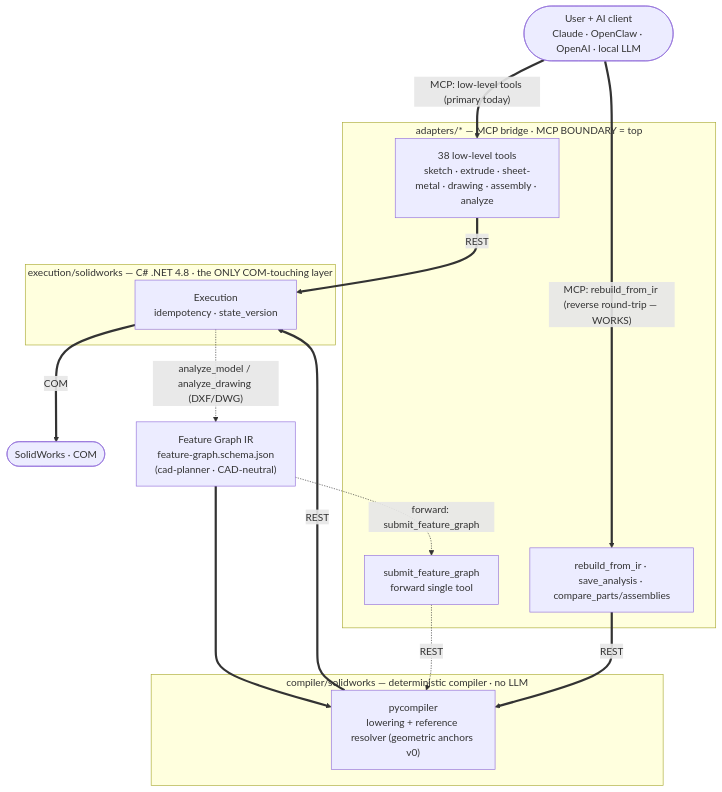
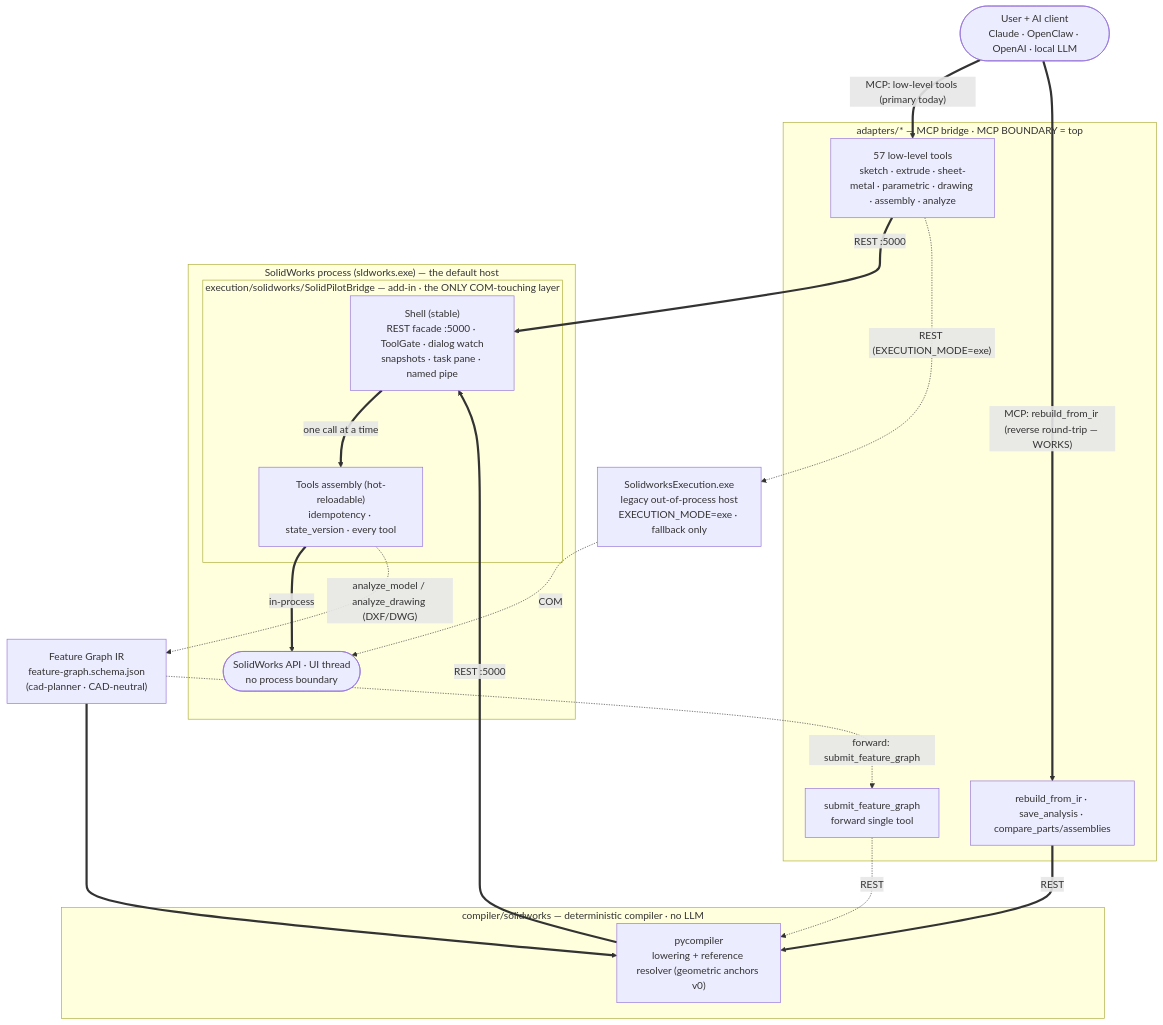
Before and after one commit to MFlego/SolidMetalPilot: the diagram in README.md, drawn with Mermaid. The commit also changed other lines of this file and 2 other files, not shown here.

````diff
--- a/README.md
+++ b/README.md
@@ -47,38 +49,47 @@
 ```mermaid
 flowchart TD
     U(["User + AI client<br/>Claude · OpenClaw · OpenAI · local LLM"])
 
     subgraph ADAPT["adapters/* — MCP bridge · MCP BOUNDARY = top"]
-        LOW["38 low-level tools<br/>sketch · extrude · sheet-metal · drawing · assembly · analyze"]
+        LOW["57 low-level tools<br/>sketch · extrude · sheet-metal · parametric · drawing · assembly · analyze"]
         RIR["rebuild_from_ir · save_analysis · compare_parts/assemblies"]
         SFG["submit_feature_graph<br/>forward single tool"]
     end
 
     IR["Feature Graph IR<br/>feature-graph.schema.json<br/>(cad-planner · CAD-neutral)"]
 
     subgraph COMP["compiler/solidworks — deterministic compiler · no LLM"]
         CO["pycompiler<br/>lowering + reference resolver (geometric anchors v0)"]
     end
 
-    subgraph EXE["execution/solidworks — C# .NET 4.8 · the ONLY COM-touching layer"]
-        EX["Execution<br/>idempotency · state_version"]
+    subgraph SWP["SolidWorks process (sldworks.exe) — the default host"]
+        subgraph BR["execution/solidworks/SolidPilotBridge — add-in · the ONLY COM-touching layer"]
+            SH["Shell (stable)<br/>REST facade :5000 · ToolGate · dialog watch<br/>snapshots · task pane · named pipe"]
+            TL["Tools assembly (hot-reloadable)<br/>idempotency · state_version · every tool"]
+        end
+        API(["SolidWorks API · UI thread<br/>no process boundary"])
     end
 
-    SW(["SolidWorks · COM"])
+    EXE["SolidworksExecution.exe<br/>legacy out-of-process host<br/>EXECUTION_MODE=exe · fallback only"]
 
     %% Working today (thick)
     U == "MCP: low-level tools (primary today)" ==> LOW
-    LOW == "REST" ==> EX
+    LOW == "REST :5000" ==> SH
     U == "MCP: rebuild_from_ir (reverse round-trip — WORKS)" ==> RIR
     IR ==> CO
     RIR == "REST" ==> CO
-    CO == "REST" ==> EX
-    EX == "COM" ==> SW
+    CO == "REST :5000" ==> SH
+    SH == "one call at a time" ==> TL
+    TL == "in-process" ==> API
+
+    %% Fallback host (dotted): same REST contract and the same tool source, in its own process
+    LOW -. "REST (EXECUTION_MODE=exe)" .-> EXE
+    EXE -. "COM" .-> API
 
     %% Reverse discovery step: read an existing part → propose an IR
-    EX -. "analyze_model / analyze_drawing (DXF/DWG)" .-> IR
+    TL -. "analyze_model / analyze_drawing (DXF/DWG)" .-> IR
 
     %% Planned forward collapse (dashed)
     IR -. "forward: submit_feature_graph" .-> SFG
     SFG -. "REST" .-> CO
 ```
````
